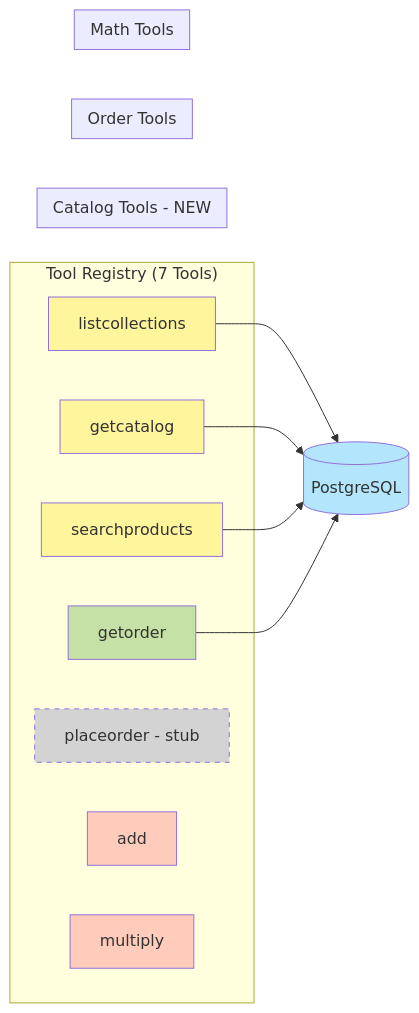
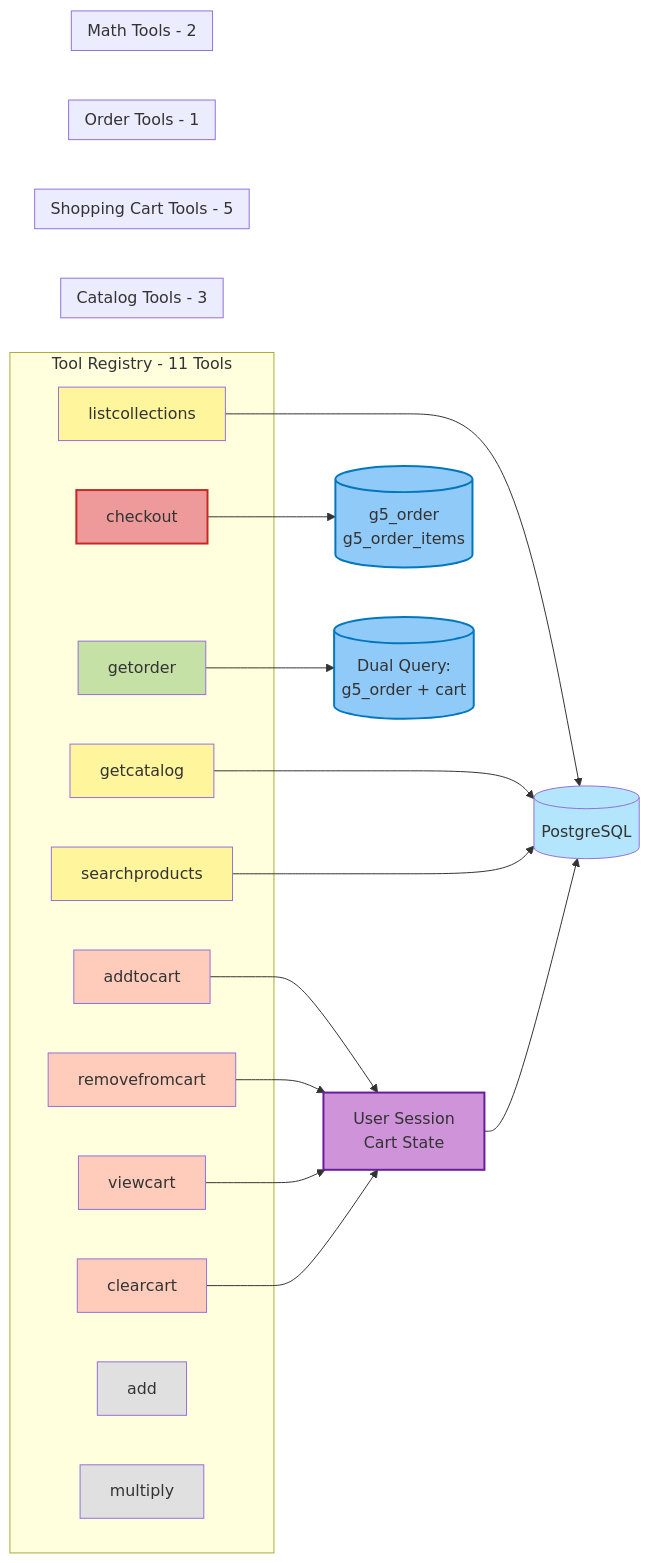
The second of 14 diagrams in common/workflow_with_catalog_tools.md (ts-cds-group-5/IISc-CapstoneProject-Repo), drawn with Mermaid before and after one commit. The commit also changed other lines of this file, not shown here.

First line of the commit message:
docs: Update workflow diagrams for complete shopping system

````diff
--- a/common/workflow_with_catalog_tools.md
+++ b/common/workflow_with_catalog_tools.md
@@ -93,42 +127,67 @@
 ```mermaid
 graph LR
-    subgraph "Tool Registry (7 Tools)"
+    subgraph "Tool Registry - 11 Tools"
         T1[listcollections]
         T2[getcatalog]
         T3[searchproducts]
-        T4[getorder]
-        T5[placeorder - stub]
-        T6[add]
-        T7[multiply]
+        T4[addtocart]
+        T5[removefromcart]
+        T6[viewcart]
+        T7[clearcart]
+        T8[checkout]
+        T9[getorder]
+        T10[add]
+        T11[multiply]
     end
     
-    subgraph "Catalog Tools - NEW"
+    subgraph "Catalog Tools - 3"
         T1
         T2
         T3
     end
     
-    subgraph "Order Tools"
+    subgraph "Shopping Cart Tools - 5"
         T4
         T5
+        T6
+        T7
+        T8
     end
     
-    subgraph "Math Tools"
-        T6
-        T7
+    subgraph "Order Tools - 1"
+        T9
+    end
+    
+    subgraph "Math Tools - 2"
+        T10
+        T11
     end
     
     T1 --> DB[(PostgreSQL)]
     T2 --> DB
     T3 --> DB
-    T4 --> DB
+    T4 --> SESS[User Session<br/>Cart State]
+    T5 --> SESS
+    T6 --> SESS
+    T7 --> SESS
+    T8 --> DB2[(g5_order<br/>g5_order_items)]
+    T9 --> DB3[(Dual Query:<br/>g5_order + cart)]
+    
+    SESS --> DB
     
     style T1 fill:#fff59d
     style T2 fill:#fff59d
     style T3 fill:#fff59d
-    style T4 fill:#c5e1a5
-    style T5 fill:#d3d3d3,stroke-dasharray: 5 5
+    style T4 fill:#ffccbc
+    style T5 fill:#ffccbc
     style T6 fill:#ffccbc
     style T7 fill:#ffccbc
+    style T8 fill:#ef9a9a,stroke:#c62828,stroke-width:2px
+    style T9 fill:#c5e1a5
+    style T10 fill:#e0e0e0
+    style T11 fill:#e0e0e0
     style DB fill:#b3e5fc
+    style DB2 fill:#90caf9,stroke:#0277bd,stroke-width:2px
+    style DB3 fill:#90caf9,stroke:#0277bd,stroke-width:2px
+    style SESS fill:#ce93d8,stroke:#6a1b9a,stroke-width:2px
 ```
````
